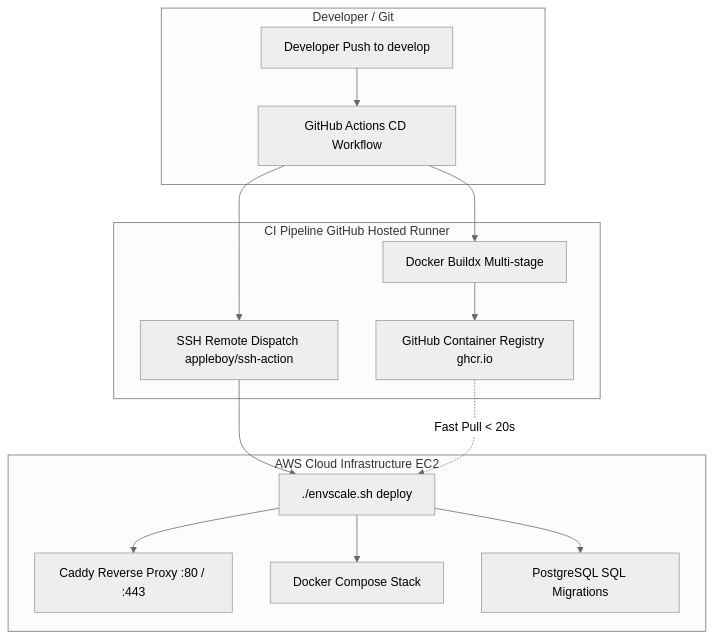
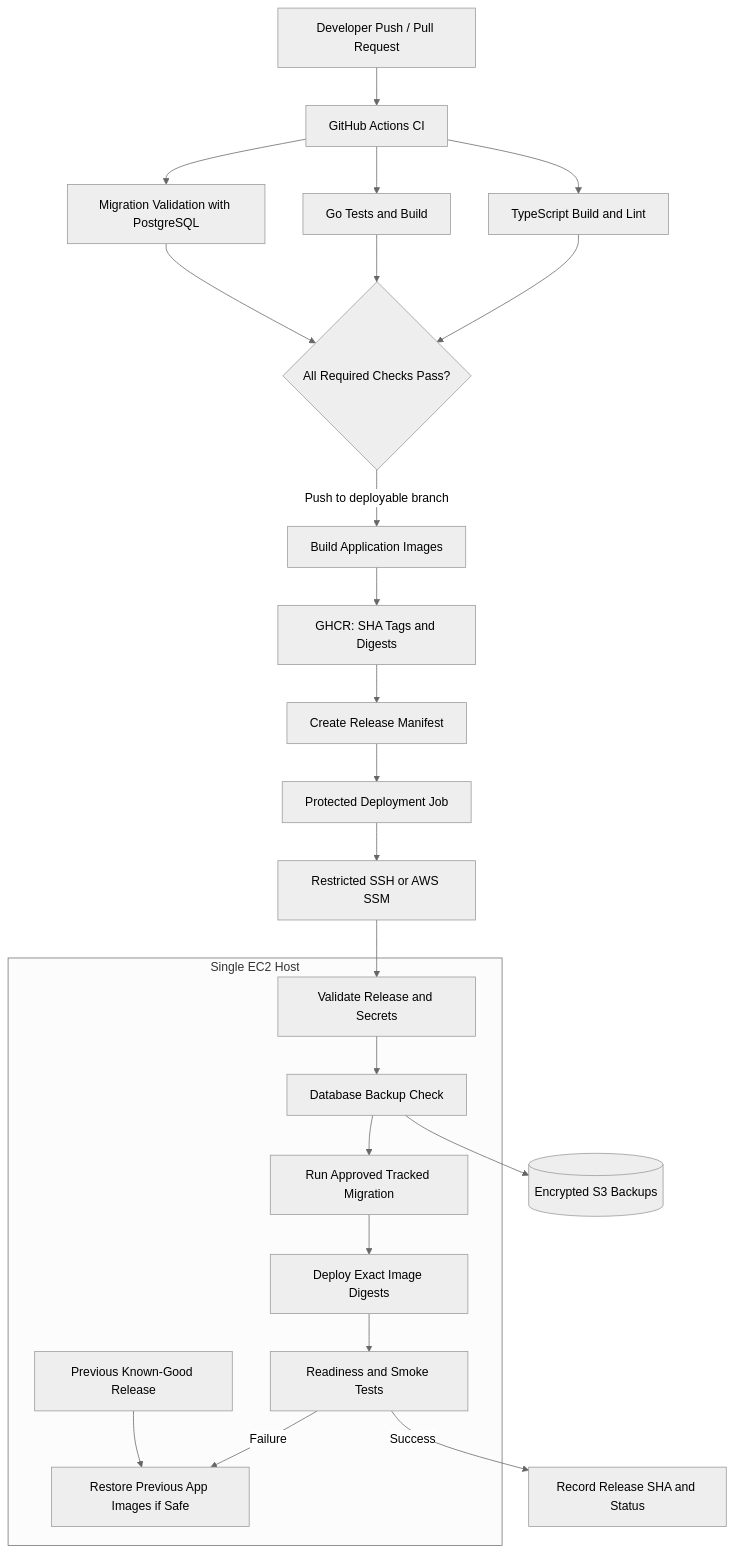
The diagram in docs/deployment.md (P20000/EnvScale), drawn with Mermaid (neutral theme) before and after one commit. The commit also changed other lines of this file and 21 other files, not shown here.

Commit message:
feat(deploy): implement immutable release deployments, test-center suite, and Caddy auto-ssl

````diff
--- a/docs/deployment.md
+++ b/docs/deployment.md
@@ -25,20 +119,32 @@
 ```mermaid
-graph TD
-    subgraph Developer / Git
-        Dev[Developer Push to develop] --> GHA[GitHub Actions CD Workflow]
+flowchart TD
+    Dev[Developer Push / Pull Request] --> CI[GitHub Actions CI]
+    CI --> Tests[TypeScript Build and Lint]
+    CI --> GoTests[Go Tests and Build]
+    CI --> MigrationCheck[Migration Validation with PostgreSQL]
+    Tests --> Gate{All Required Checks Pass?}
+    GoTests --> Gate
+    MigrationCheck --> Gate
+
+    Gate -->|Push to deployable branch| Build[Build Application Images]
+    Build --> Registry[GHCR: SHA Tags and Digests]
+    Registry --> Release[Create Release Manifest]
+    Release --> DeployGate[Protected Deployment Job]
+    DeployGate --> Host[Restricted SSH or AWS SSM]
+
+    subgraph EC2[Single EC2 Host]
+      Preflight[Validate Release and Secrets]
+      Backup[Database Backup Check]
+      Migration[Run Approved Tracked Migration]
+      Compose[Deploy Exact Image Digests]
+      Health[Readiness and Smoke Tests]
+      Previous[Previous Known-Good Release]
+      Preflight --> Backup --> Migration --> Compose --> Health
+      Health -->|Failure| Rollback[Restore Previous App Images if Safe]
+      Previous --> Rollback
     end
 
-    subgraph CI Pipeline GitHub Hosted Runner
-        GHA --> Build[Docker Buildx Multi-stage]
-        Build --> GHCR[GitHub Container Registry ghcr.io]
-        GHA --> SSHDeploy[SSH Remote Dispatch appleboy/ssh-action]
-    end
-
-    subgraph AWS Cloud Infrastructure EC2
-        SSHDeploy --> Script["./envscale.sh deploy"]
-        GHCR -.->|Fast Pull < 20s| Script
-        Script --> Caddy[Caddy Reverse Proxy :80 / :443]
-        Script --> Compose[Docker Compose Stack]
-        Script --> Migrations[PostgreSQL SQL Migrations]
-    end
+    Host --> Preflight
+    Health -->|Success| Record[Record Release SHA and Status]
+    Backup --> S3[(Encrypted S3 Backups)]
 ```
````
